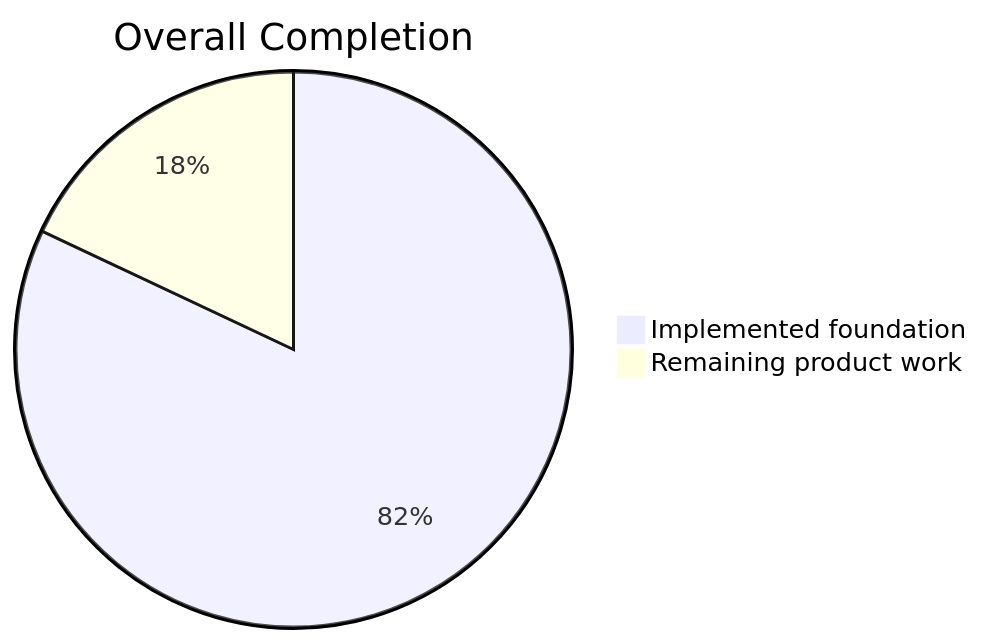
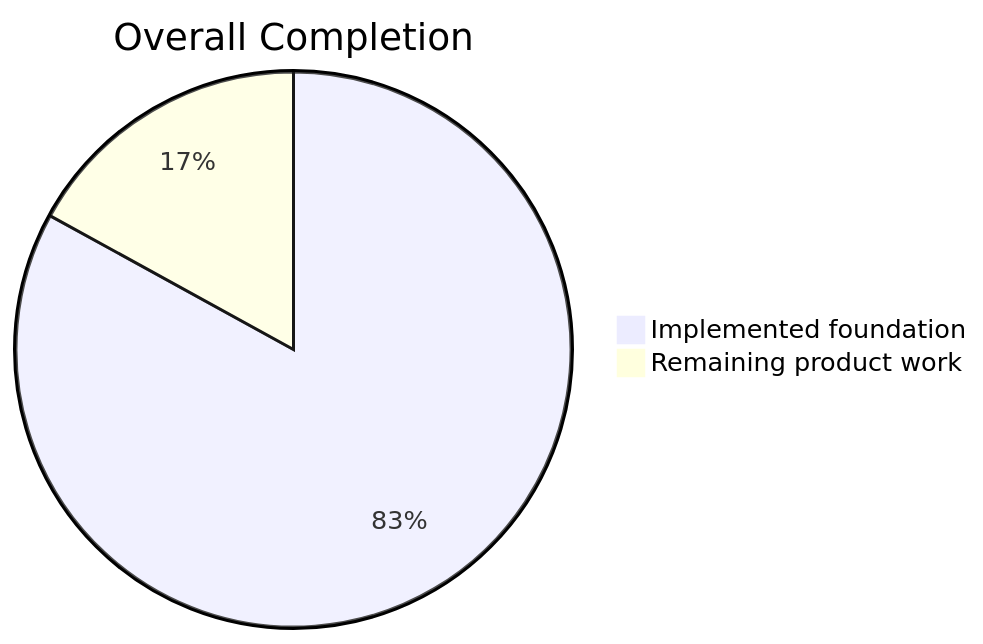
One commit to lingmulongtai/GlyphRay changed the first of 5 diagrams in README.md. Above: the diagram before and after it, drawn with Mermaid. The commit also changed other lines of this file and 9 other files, not shown here.

````diff
--- a/README.md
+++ b/README.md
@@ -15,5 +15,5 @@
 ```mermaid
 pie title Overall Completion
-  "Implemented foundation" : 82
-  "Remaining product work" : 18
+  "Implemented foundation" : 83
+  "Remaining product work" : 17
 ```
````
